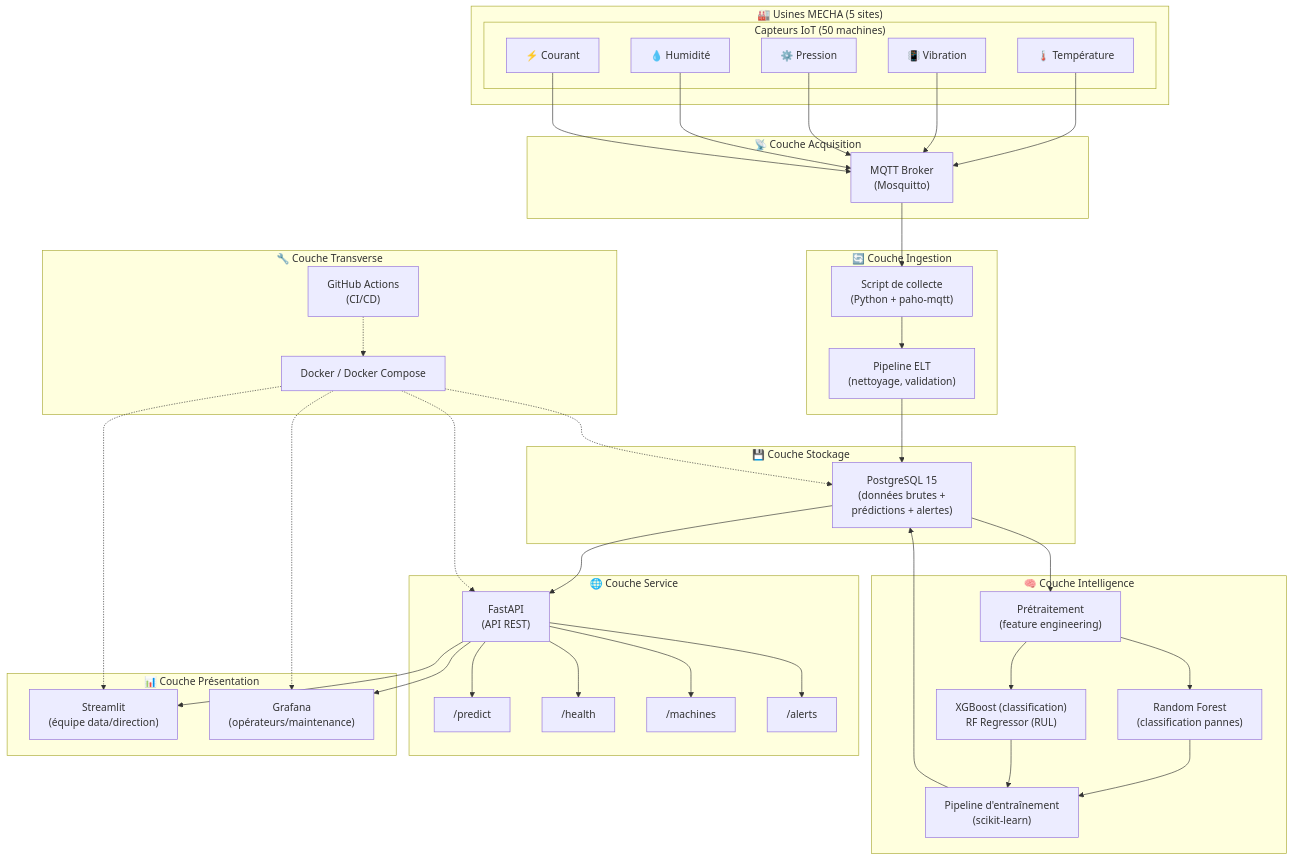
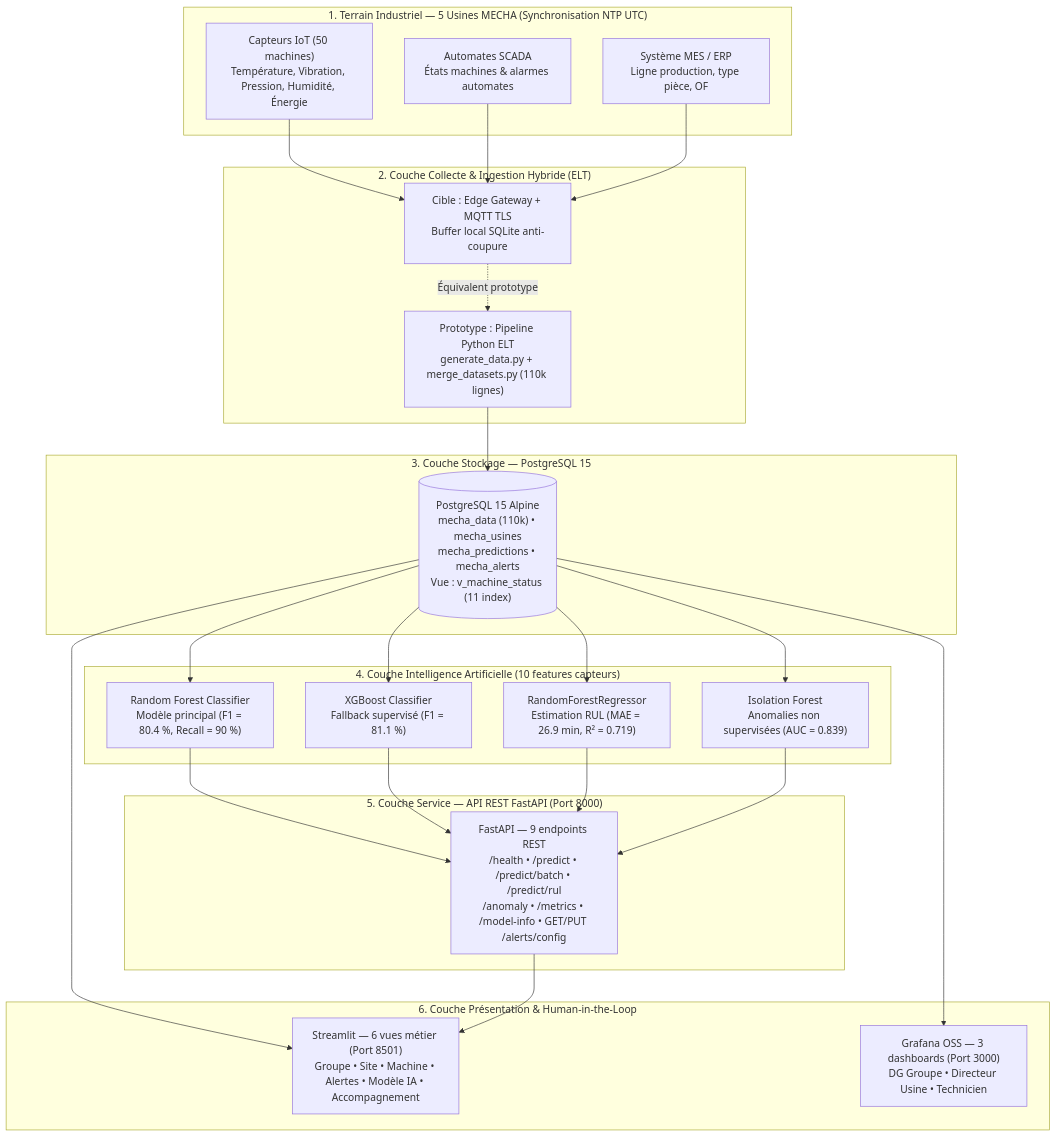
The first of 2 diagrams in docs/architecture.md (HASHT85/MSPR2-MECHA), drawn with Mermaid before and after one commit. The commit also changed other lines of this file and 48 other files, not shown here.

````diff
--- a/docs/architecture.md
+++ b/docs/architecture.md
@@ -44,65 +36,42 @@
 ```mermaid
-graph TB
-    subgraph "🏭 Usines MECHA (5 sites)"
-        subgraph "Capteurs IoT (50 machines)"
-            S1["🌡️ Température"]
-            S2["📳 Vibration"]
-            S3["⚙️ Pression"]
-            S4["💧 Humidité"]
-            S5["⚡ Courant"]
-        end
+flowchart TB
+    subgraph SITES["1. Terrain Industriel — 5 Usines MECHA (Synchronisation NTP UTC)"]
+        IOT["Capteurs IoT (50 machines)<br/>Température, Vibration, Pression, Humidité, Énergie"]
+        SCADA["Automates SCADA<br/>États machines & alarmes automates"]
+        MES["Système MES / ERP<br/>Ligne production, type pièce, OF"]
     end
 
-    subgraph "📡 Couche Acquisition"
-        MQTT["MQTT Broker<br/>(Mosquitto)"]
+    subgraph INGEST["2. Couche Collecte & Ingestion Hybride (ELT)"]
+        EDGE["Cible : Edge Gateway + MQTT TLS<br/>Buffer local SQLite anti-coupure"]
+        ELT["Prototype : Pipeline Python ELT<br/>generate_data.py + merge_datasets.py (110k lignes)"]
     end
 
-    subgraph "🔄 Couche Ingestion"
-        COLLECT["Script de collecte<br/>(Python + paho-mqtt)"]
-        ETL["Pipeline ELT<br/>(nettoyage, validation)"]
+    subgraph STORAGE["3. Couche Stockage — PostgreSQL 15"]
+        PG[("PostgreSQL 15 Alpine<br/>mecha_data (110k) • mecha_usines<br/>mecha_predictions • mecha_alerts<br/>Vue : v_machine_status (11 index)")]
     end
 
-    subgraph "💾 Couche Stockage"
-        PG["PostgreSQL 15<br/>(données brutes +<br/>prédictions + alertes)"]
+    subgraph ML["4. Couche Intelligence Artificielle (10 features capteurs)"]
+        RF["Random Forest Classifier<br/>Modèle principal (F1 = 80.4 %, Recall = 90 %)"]
+        XGB["XGBoost Classifier<br/>Fallback supervisé (F1 = 81.1 %)"]
+        RUL["RandomForestRegressor<br/>Estimation RUL (MAE = 26.9 min, R² = 0.719)"]
+        IF["Isolation Forest<br/>Anomalies non supervisées (AUC = 0.839)"]
     end
 
-    subgraph "🧠 Couche Intelligence"
-        PREPROC["Prétraitement<br/>(feature engineering)"]
-        RF["Random Forest<br/>(classification pannes)"]
-        XGB["XGBoost (classification)<br/>RF Regressor (RUL)"]
-        TRAIN["Pipeline d'entraînement<br/>(scikit-learn)"]
+    subgraph SERVICE["5. Couche Service — API REST FastAPI (Port 8000)"]
+        API["FastAPI — 9 endpoints REST<br/>/health • /predict • /predict/batch • /predict/rul<br/>/anomaly • /metrics • /model-info • GET/PUT /alerts/config"]
     end
 
-    subgraph "🌐 Couche Service"
-        API["FastAPI<br/>(API REST)"]
-        EP1["/predict"]
-        EP2["/health"]
-        EP3["/machines"]
-        EP4["/alerts"]
+    subgraph UI["6. Couche Présentation & Human-in-the-Loop"]
+        ST["Streamlit — 6 vues métier (Port 8501)<br/>Groupe • Site • Machine • Alertes • Modèle IA • Accompagnement"]
+        GR["Grafana OSS — 3 dashboards (Port 3000)<br/>DG Groupe • Directeur Usine • Technicien"]
     end
 
-    subgraph "📊 Couche Présentation"
-        STREAM["Streamlit<br/>(équipe data/direction)"]
-        GRAF["Grafana<br/>(opérateurs/maintenance)"]
-    end
-
-    subgraph "🔧 Couche Transverse"
-        DOCKER["Docker / Docker Compose"]
-        GHACTIONS["GitHub Actions<br/>(CI/CD)"]
-    end
-
-    S1 & S2 & S3 & S4 & S5 --> MQTT
-    MQTT --> COLLECT
-    COLLECT --> ETL
-    ETL --> PG
-    PG --> PREPROC
-    PREPROC --> RF & XGB
-    RF & XGB --> TRAIN
-    TRAIN --> PG
-    PG --> API
-    API --> EP1 & EP2 & EP3 & EP4
-    API --> STREAM
-    API --> GRAF
-    DOCKER -.-> API & STREAM & GRAF & PG
-    GHACTIONS -.-> DOCKER
+    IOT & SCADA & MES --> EDGE
+    EDGE -.->|Équivalent prototype| ELT
+    ELT --> PG
+    PG --> RF & XGB & RUL & IF
+    RF & XGB & RUL & IF --> API
+    PG --> GR
+    PG --> ST
+    API --> ST
 ```
````
